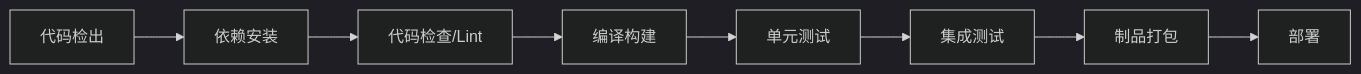
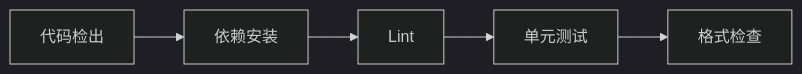
Before and after one commit to IriskaDev/dsh-desktop: the diagram in .agent-workflow/workflows/13-ci-cd-pipeline.md, drawn with Mermaid (dark theme). The commit also changed other lines of this file and 4 other files, not shown here.

````diff
--- a/.agent-workflow/workflows/13-ci-cd-pipeline.md
+++ b/.agent-workflow/workflows/13-ci-cd-pipeline.md
@@ -44,10 +44,7 @@
 ```mermaid
 graph LR
     A[代码检出] --> B[依赖安装]
-    B --> C[代码检查/Lint]
-    C --> D[编译构建]
-    D --> E[单元测试]
-    E --> F[集成测试]
-    F --> G[制品打包]
-    G --> H[部署]
+    B --> C[Lint]
+    C --> D[单元测试]
+    D --> E[格式检查]
 ```
````
